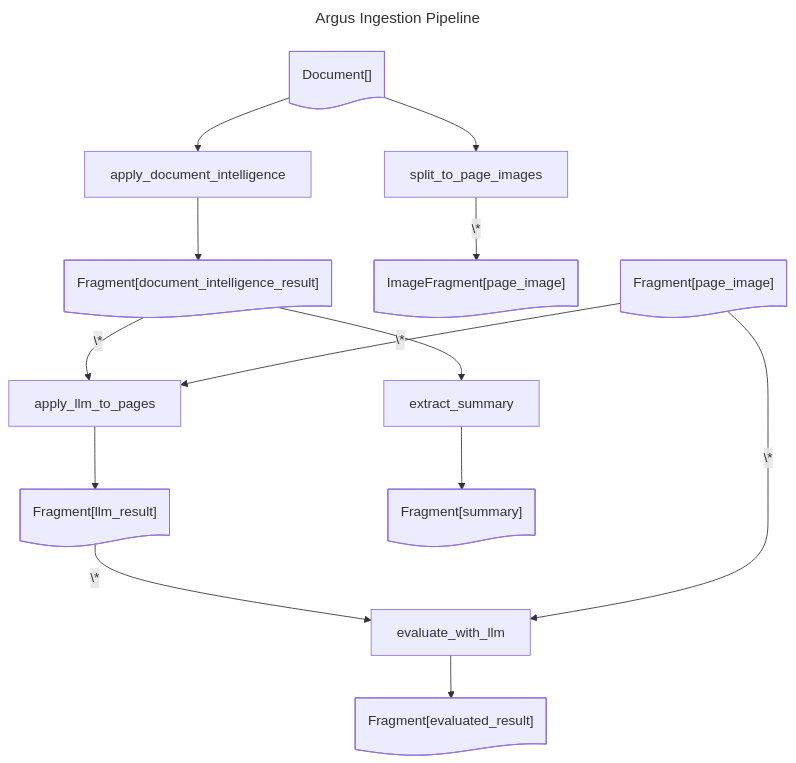
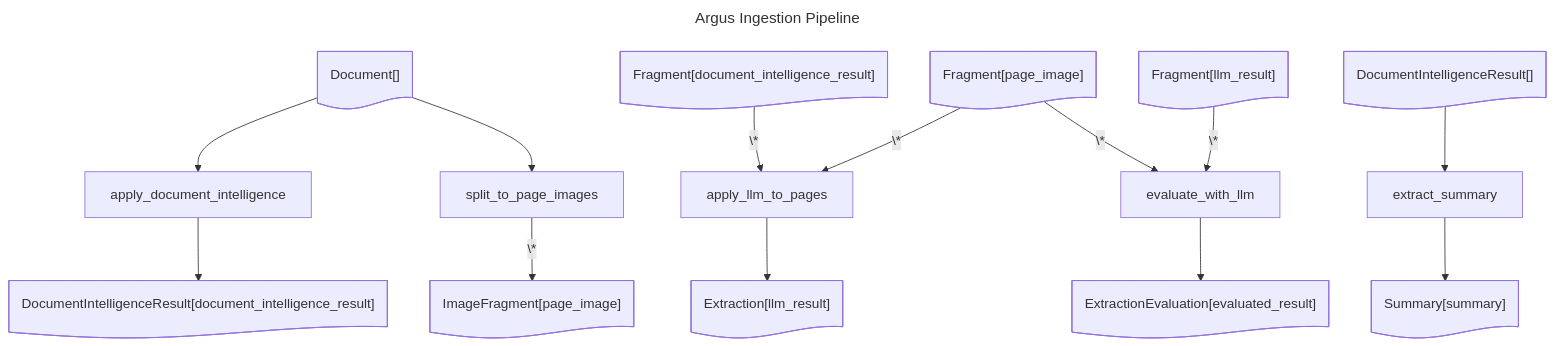
The diagram in examples/argus.md (Azure-Samples/az-ai-catalyst), drawn with Mermaid before and after one commit. The commit also changed 6 other files, not shown here.

Commit message:
Experiment: use Fragment types rather than labels to discriminate, Introduce DocumentIntelligenceResult fragment

````diff
--- a/examples/argus.md
+++ b/examples/argus.md
@@ -1,30 +1,33 @@
 ```mermaid
 ---
 title: Argus Ingestion Pipeline
 ---
 flowchart TD
     Document_@{ shape: doc, label: "Document[]" }
-    Fragment_document_intelligence_result@{ shape: doc, label: "Fragment[document_intelligence_result]" }
+    DocumentIntelligenceResult_document_intelligence_result@{ shape: doc, label: "DocumentIntelligenceResult[document_intelligence_result]" }
     apply_document_intelligence@{ shape: rect, label: "apply_document_intelligence" }
     ImageFragment_page_image@{ shape: doc, label: "ImageFragment[page_image]" }
     split_to_page_images@{ shape: rect, label: "split_to_page_images" }
+    Fragment_document_intelligence_result@{ shape: doc, label: "Fragment[document_intelligence_result]" }
     Fragment_page_image@{ shape: doc, label: "Fragment[page_image]" }
+    Extraction_llm_result@{ shape: doc, label: "Extraction[llm_result]" }
+    apply_llm_to_pages@{ shape: rect, label: "apply_llm_to_pages" }
+    DocumentIntelligenceResult_@{ shape: doc, label: "DocumentIntelligenceResult[]" }
+    Summary_summary@{ shape: doc, label: "Summary[summary]" }
+    extract_summary@{ shape: rect, label: "extract_summary" }
     Fragment_llm_result@{ shape: doc, label: "Fragment[llm_result]" }
-    apply_llm_to_pages@{ shape: rect, label: "apply_llm_to_pages" }
-    Fragment_summary@{ shape: doc, label: "Fragment[summary]" }
-    extract_summary@{ shape: rect, label: "extract_summary" }
-    Fragment_evaluated_result@{ shape: doc, label: "Fragment[evaluated_result]" }
+    ExtractionEvaluation_evaluated_result@{ shape: doc, label: "ExtractionEvaluation[evaluated_result]" }
     evaluate_with_llm@{ shape: rect, label: "evaluate_with_llm" }
     Document_ --> apply_document_intelligence
-    apply_document_intelligence --> Fragment_document_intelligence_result
+    apply_document_intelligence --> DocumentIntelligenceResult_document_intelligence_result
     Document_ --> split_to_page_images
     split_to_page_images -- \* --> ImageFragment_page_image
     Fragment_document_intelligence_result -- \* --> apply_llm_to_pages
     Fragment_page_image -- \* --> apply_llm_to_pages
-    apply_llm_to_pages --> Fragment_llm_result
-    Fragment_document_intelligence_result --> extract_summary
-    extract_summary --> Fragment_summary
+    apply_llm_to_pages --> Extraction_llm_result
+    DocumentIntelligenceResult_ --> extract_summary
+    extract_summary --> Summary_summary
     Fragment_llm_result -- \* --> evaluate_with_llm
     Fragment_page_image -- \* --> evaluate_with_llm
-    evaluate_with_llm --> Fragment_evaluated_result
+    evaluate_with_llm --> ExtractionEvaluation_evaluated_result
 ```
````
